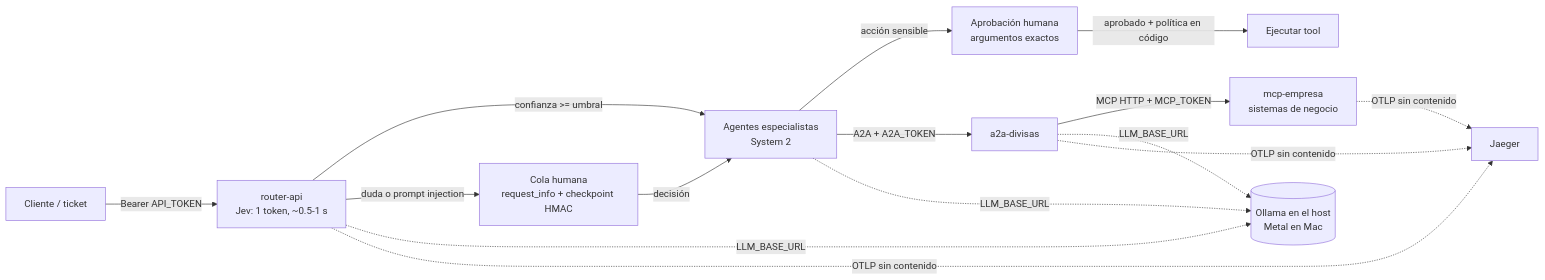
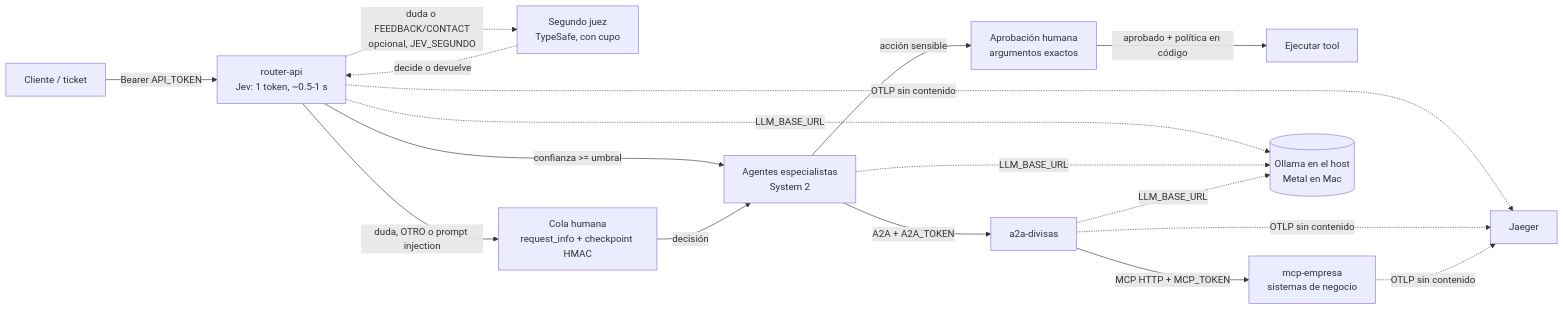
One commit to jackthony/IA-local changed the diagram in ARQUITECTURA.md. Above: the diagram before and after it, drawn with Mermaid. The commit also changed other lines of this file and 2 other files, not shown here.

Commit message:
Docs: README con mejor formato; ARQUITECTURA y jev/README al día con evals, cascada y OTRO

````diff
--- a/ARQUITECTURA.md
+++ b/ARQUITECTURA.md
@@ -21,13 +23,15 @@
 ```mermaid
 flowchart LR
     C[Cliente / ticket] -->|Bearer API_TOKEN| R[router-api<br/>Jev: 1 token, ~0.5-1 s]
     R -->|confianza >= umbral| E[Agentes especialistas<br/>System 2]
-    R -->|duda o prompt injection| H[Cola humana<br/>request_info + checkpoint HMAC]
+    R -.->|duda o FEEDBACK/CONTACT<br/>opcional, JEV_SEGUNDO| S[Segundo juez<br/>TypeSafe, con cupo]
+    S -.->|decide o devuelve| R
+    R -->|duda, OTRO o prompt injection| H[Cola humana<br/>request_info + checkpoint HMAC]
     H -->|decisión| E
     E -->|acción sensible| A[Aprobación humana<br/>argumentos exactos]
     A -->|aprobado + política en código| X[Ejecutar tool]
     E -->|A2A + A2A_TOKEN| D[a2a-divisas]
     D -->|MCP HTTP + MCP_TOKEN| M[mcp-empresa<br/>sistemas de negocio]
     R & E & D -.->|LLM_BASE_URL| O[(Ollama en el host<br/>Metal en Mac)]
     R & D & M -.->|OTLP sin contenido| J[Jaeger]
 ```
````
